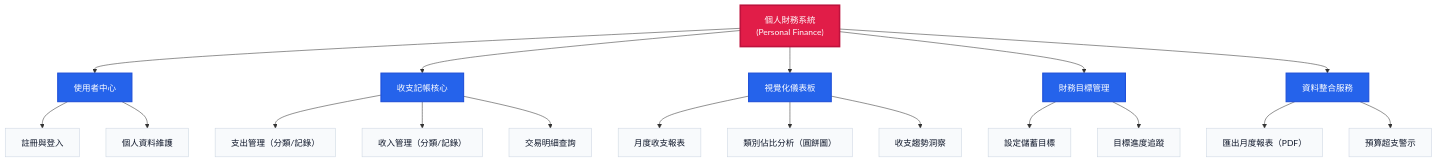
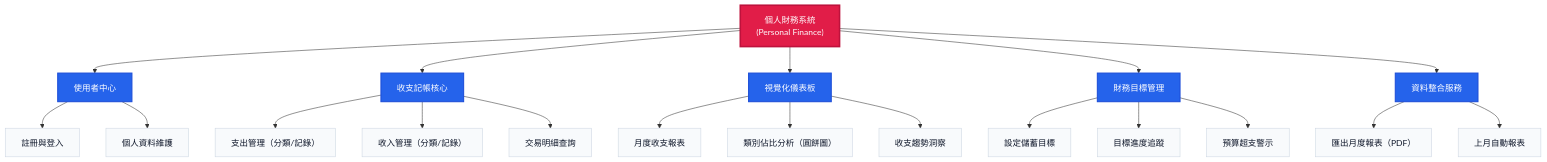
One commit to littleMtd/final_project changed the diagram in README.md. Above: the diagram before and after it, drawn with Mermaid.

Commit message:
feature: New Architecture diagram

````diff
--- a/README.md
+++ b/README.md
@@ -33,35 +33,36 @@
 ```mermaid
 graph TB
     Root["個人財務系統<br/>(Personal Finance)"]
     
     Root --> Auth["使用者中心"]
     Root --> Finance["收支記帳核心"]
     Root --> Visual["視覺化儀表板"]
     Root --> Goal["財務目標管理"]
     Root --> Export["資料整合服務"]
     
     Auth --> Register["註冊與登入"]
     Auth --> Profile["個人資料維護"]
     
     Finance --> ExpMgr["支出管理（分類/記錄）"]
     Finance --> IncMgr["收入管理（分類/記錄）"]
     Finance --> Ledger["交易明細查詢"]
     
     Visual --> Report["月度收支報表"]
     Visual --> Chart["類別佔比分析（圓餅圖）"]
     Visual --> Insight["收支趨勢洞察"]
     
     Goal --> SetGoal["設定儲蓄目標"]
     Goal --> Track["目標進度追蹤"]
+    Goal --> Warn["預算超支警示"]
     
     Export --> PDF["匯出月度報表（PDF）"]
-    Export --> Warn["預算超支警示"]
+    Export --> AutoGen["上月自動報表"]
     
     classDef rootStyle fill:#e11d48,stroke:#be123c,color:#fff,stroke-width:3px
     classDef moduleStyle fill:#2563eb,stroke:#1d4ed8,color:#fff,stroke-width:2px
     classDef featureStyle fill:#f8fafc,stroke:#cbd5e1,color:#0f172a
     
     class Root rootStyle
     class Auth,Finance,Visual,Goal,Export moduleStyle
-    class Register,Profile,ExpMgr,IncMgr,Ledger,Report,Chart,Insight,SetGoal,Track,PDF,Warn featureStyle
+    class Register,Profile,ExpMgr,IncMgr,Ledger,Report,Chart,Insight,SetGoal,Track,Warn,PDF,AutoGen featureStyle
 ```
````
